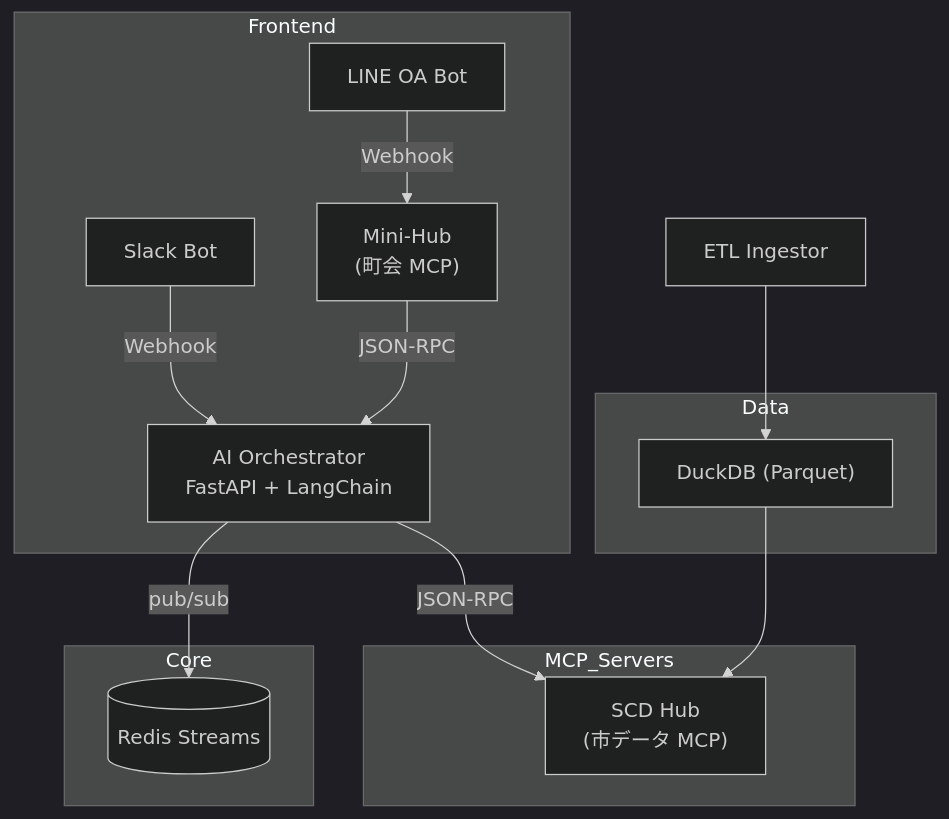
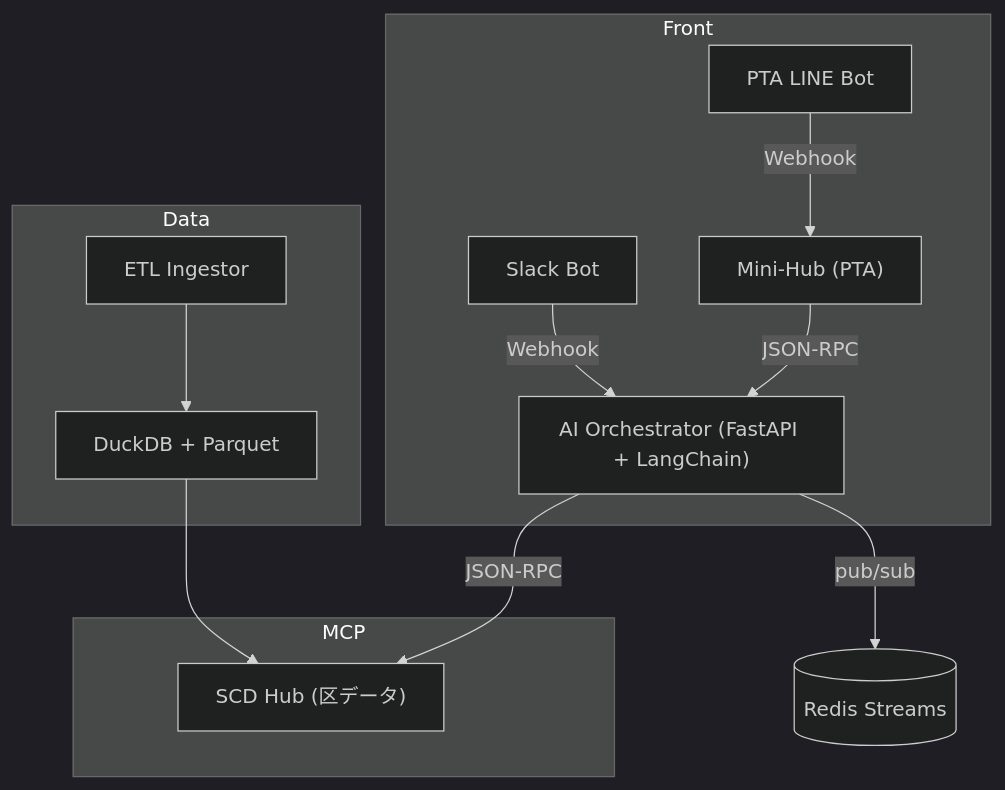
One commit to dx-junkyard/OpenDataHackathon2025_SCD-Hub changed the diagram in docs/handbook/03_SystemGuide.md. Above: the diagram before and after it, drawn with Mermaid (dark theme). The commit also changed other lines of this file and 2 other files, not shown here.

````diff
--- a/docs/handbook/03_SystemGuide.md
+++ b/docs/handbook/03_SystemGuide.md
@@ -9,24 +5,21 @@
 ```mermaid
 flowchart TB
-  subgraph Frontend
-    LINE["LINE OA Bot"] -- Webhook --> MiniHub
+  subgraph Front
+    LINE["PTA LINE Bot"] -- Webhook --> MiniHub
     Slack["Slack Bot"] -- Webhook --> Orchestrator
   end
-  subgraph MCP_Servers
-    MiniHub["Mini‑Hub\n(町会 MCP)"]
-    SCDHub["SCD Hub\n(市データ MCP)"]
+  subgraph Data
+    DuckDB["DuckDB + Parquet"]
+    Ingestor["ETL Ingestor"]
   end
-  subgraph Core
-    Orchestrator["AI Orchestrator\nFastAPI + LangChain"]
-    Redis[(Redis Streams)]
+  subgraph MCP
+    MiniHub["Mini‑Hub (PTA)"]
+    SCDHub["SCD Hub (区データ)"]
   end
-  subgraph Data
-    DuckDB["DuckDB (Parquet)"]
-  end
-  Ingestor["ETL Ingestor"]
+  Orchestrator["AI Orchestrator (FastAPI + LangChain)"]
+  Redis[(Redis Streams)]
+  Ingestor --> DuckDB --> SCDHub
   MiniHub -- JSON‑RPC --> Orchestrator
   Orchestrator -- JSON‑RPC --> SCDHub
   Orchestrator -- pub/sub --> Redis
-  Ingestor --> DuckDB
-  DuckDB --> SCDHub
 ```
````
